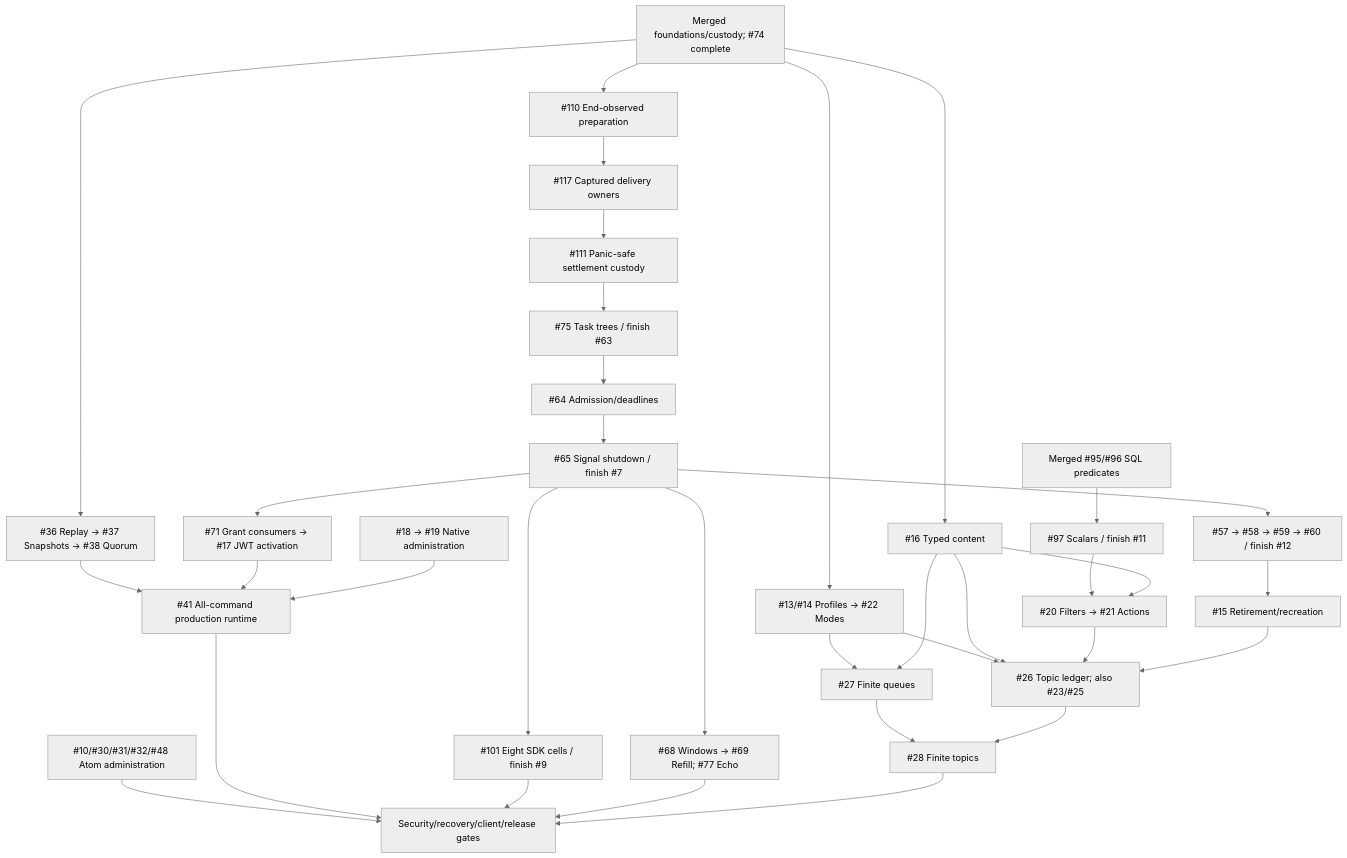
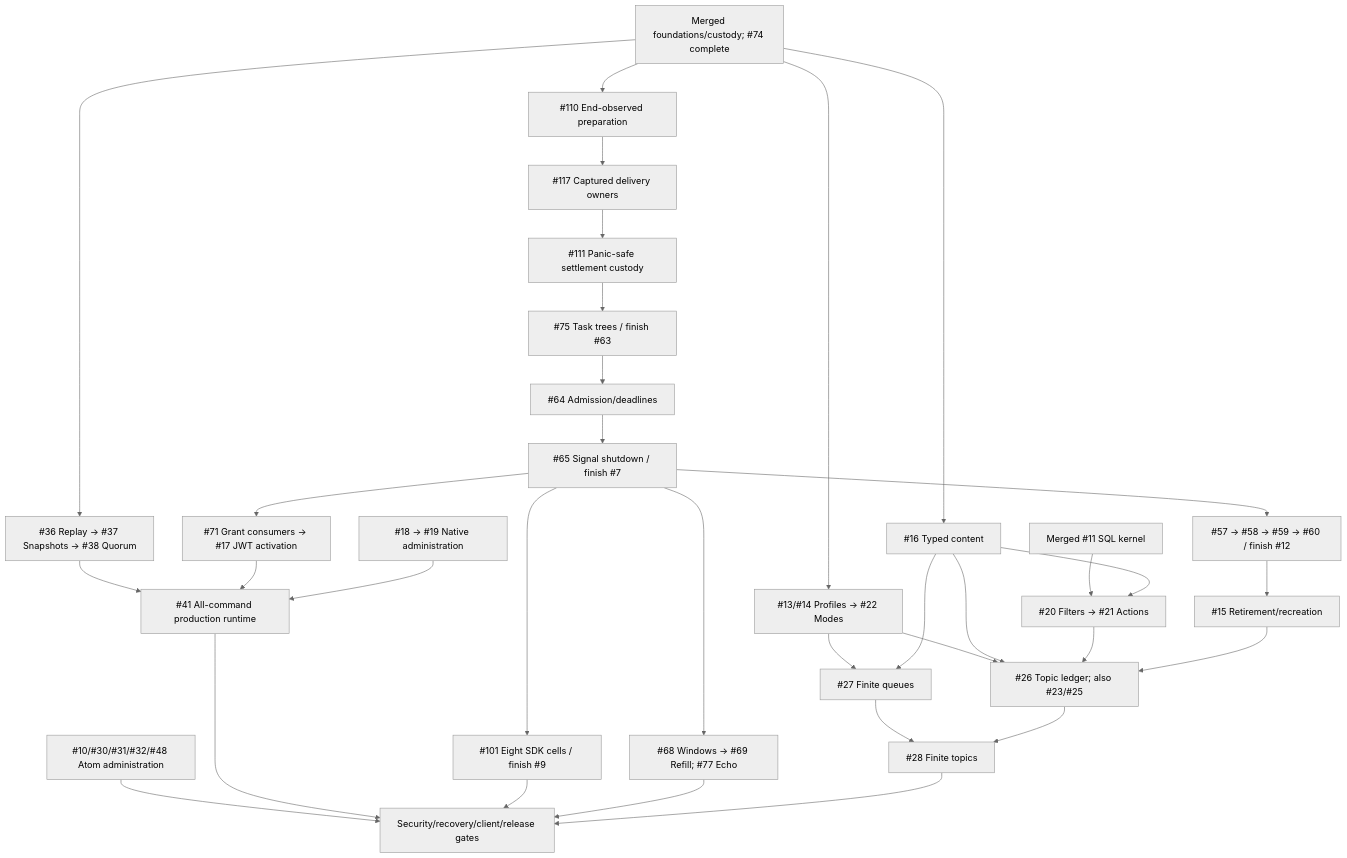
Before and after one commit to DeandreT/switchyard: the diagram in docs/roadmap.md, drawn with Mermaid (neutral theme). The commit also changed other lines of this file and 6 other files, not shown here.

````diff
--- a/docs/roadmap.md
+++ b/docs/roadmap.md
@@ -69,36 +69,35 @@
 ```mermaid
 flowchart TD
     Main["Merged foundations/custody; #74 complete"] --> Prep["#110 End-observed preparation"]
     Prep --> Delivery["#117 Captured delivery owners"]
     Delivery --> Panic["#111 Panic-safe settlement custody"]
     Panic --> Trees["#75 Task trees / finish #63"]
     Trees --> Admission["#64 Admission/deadlines"]
     Admission --> Signals["#65 Signal shutdown / finish #7"]
     Signals --> Authority["#57 -> #58 -> #59 -> #60 / finish #12"]
     Authority --> Delete["#15 Retirement/recreation"]
     Signals --> Grants["#71 Grant consumers -> #17 JWT activation"]
     Signals --> Matrix["#101 Eight SDK cells / finish #9"]
     Signals --> Windows["#68 Windows -> #69 Refill; #77 Echo"]
     Main --> Profiles["#13/#14 Profiles -> #22 Modes"]
     Main --> Content["#16 Typed content"]
-    Kernel["Merged #95/#96 SQL predicates"] --> SQL["#97 Scalars / finish #11"]
-    SQL --> Rules["#20 Filters -> #21 Actions"]
+    Kernel["Merged #11 SQL kernel"] --> Rules["#20 Filters -> #21 Actions"]
     Content --> Rules
     Profiles --> Queue["#27 Finite queues"]
     Content --> Queue
     Profiles --> Ledger["#26 Topic ledger; also #23/#25"]
     Content --> Ledger
     Rules --> Ledger
     Delete --> Ledger
     Queue --> Topic["#28 Finite topics"]
     Ledger --> Topic
     Main --> Log["#36 Replay -> #37 Snapshots -> #38 Quorum"]
     Log --> Runtime["#41 All-command production runtime"]
     Grants --> Runtime
     Admin["#18 -> #19 Native administration"] --> Runtime
     Atom["#10/#30/#31/#32/#48 Atom administration"] --> Gates
     Runtime --> Gates["Security/recovery/client/release gates"]
     Matrix --> Gates
     Windows --> Gates
     Topic --> Gates
 ```
````
